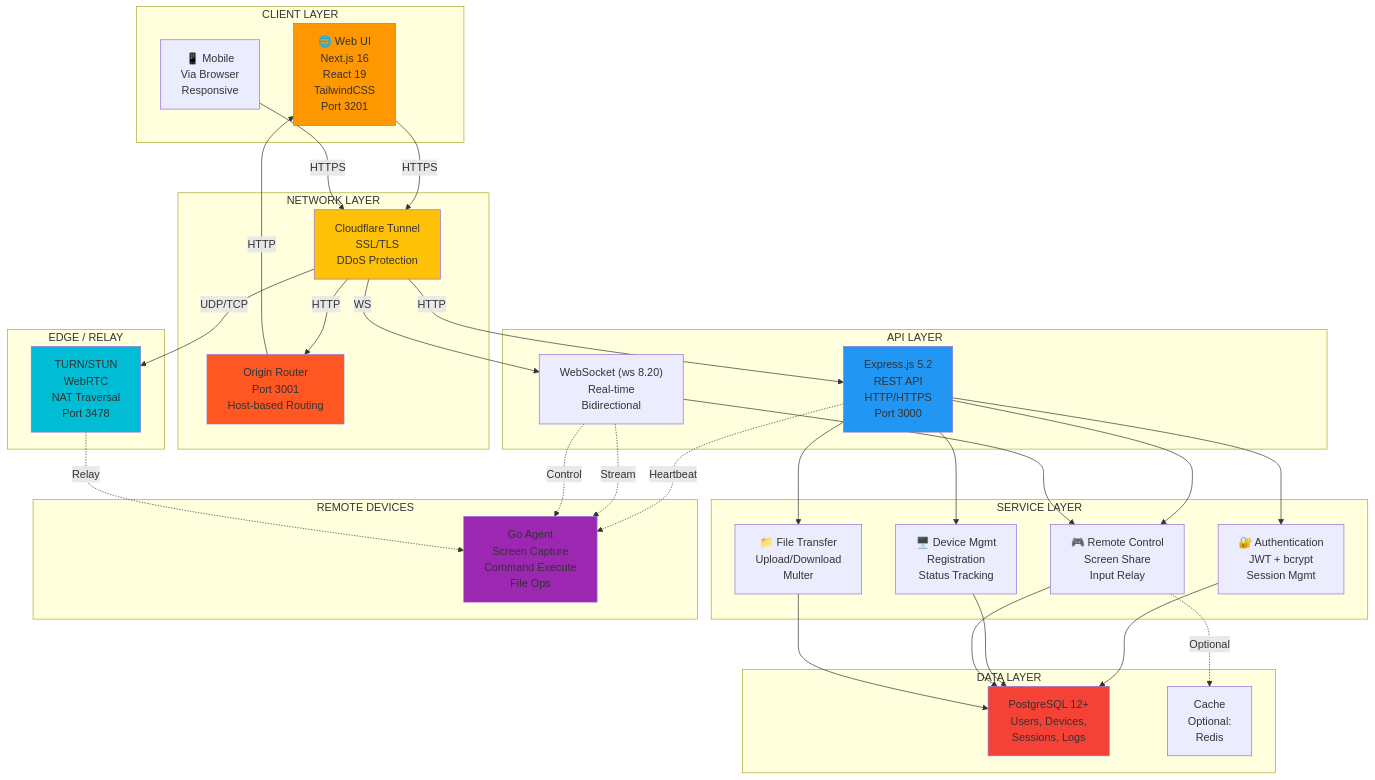
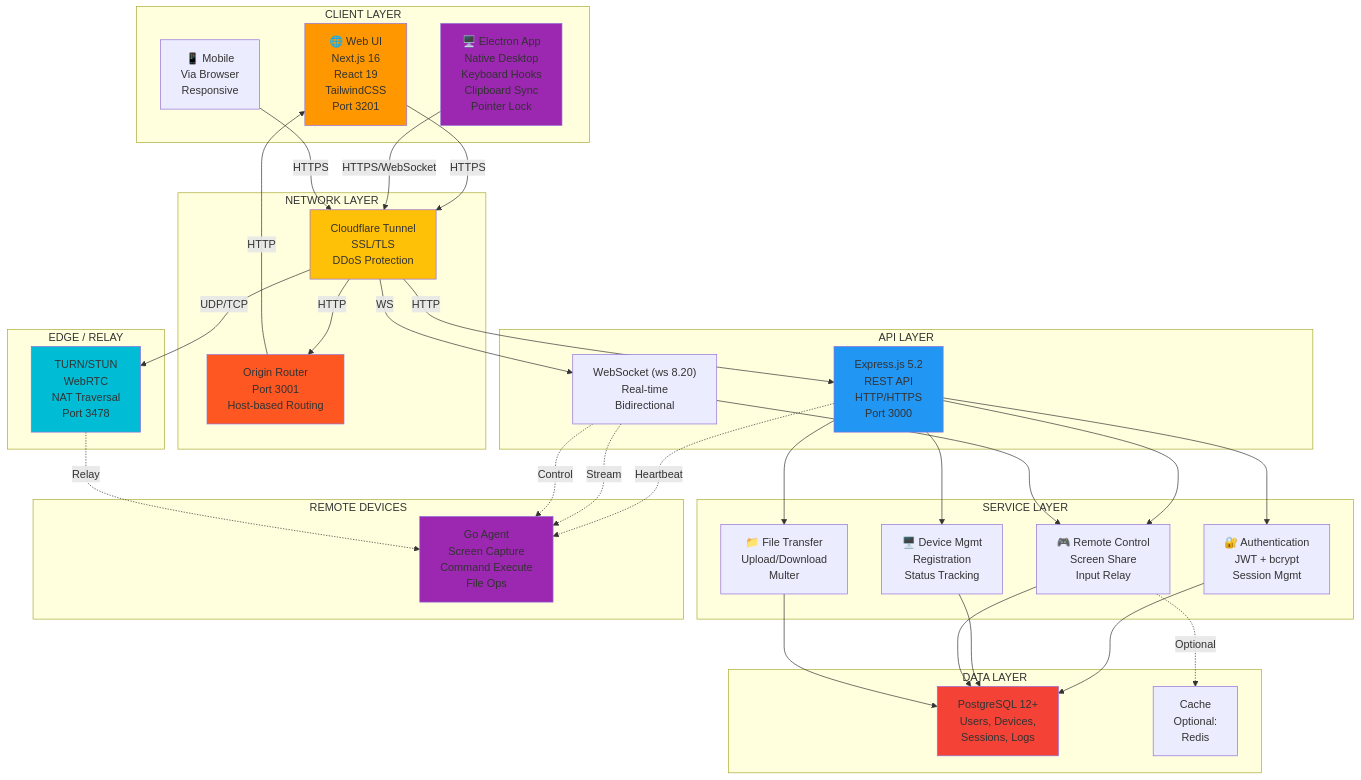
One commit to arvindjonn09/CL-NL-V1 changed the sixth of 8 diagrams in ARCHITECTURE_DIAGRAMS.md. Above: the diagram before and after it, drawn with Mermaid. The commit also changed other lines of this file and 3 other files, not shown here.

````diff
--- a/ARCHITECTURE_DIAGRAMS.md
+++ b/ARCHITECTURE_DIAGRAMS.md
@@ -258,73 +262,76 @@
 ```mermaid
 graph TB
     subgraph client_layer["CLIENT LAYER"]
         web["🌐 Web UI<br/>Next.js 16<br/>React 19<br/>TailwindCSS<br/>Port 3201"]
+        electron["🖥️ Electron App<br/>Native Desktop<br/>Keyboard Hooks<br/>Clipboard Sync<br/>Pointer Lock"]
         mobile["📱 Mobile<br/>Via Browser<br/>Responsive"]
     end
     
     subgraph network["NETWORK LAYER"]
         cf["Cloudflare Tunnel<br/>SSL/TLS<br/>DDoS Protection"]
         router["Origin Router<br/>Port 3001<br/>Host-based Routing"]
     end
     
     subgraph api_layer["API LAYER"]
         express["Express.js 5.2<br/>REST API<br/>HTTP/HTTPS<br/>Port 3000"]
         ws["WebSocket (ws 8.20)<br/>Real-time<br/>Bidirectional"]
     end
     
     subgraph service_layer["SERVICE LAYER"]
         auth["🔐 Authentication<br/>JWT + bcrypt<br/>Session Mgmt"]
         device["🖥️ Device Mgmt<br/>Registration<br/>Status Tracking"]
         remote["🎮 Remote Control<br/>Screen Share<br/>Input Relay"]
         file["📁 File Transfer<br/>Upload/Download<br/>Multer"]
     end
     
     subgraph data_layer["DATA LAYER"]
         postgres["PostgreSQL 12+<br/>Users, Devices,<br/>Sessions, Logs"]
         cache["Cache<br/>Optional:<br/>Redis"]
     end
     
     subgraph edge["EDGE / RELAY"]
         turn["TURN/STUN<br/>WebRTC<br/>NAT Traversal<br/>Port 3478"]
     end
     
     subgraph agent_layer["REMOTE DEVICES"]
         agent["Go Agent<br/>Screen Capture<br/>Command Execute<br/>File Ops"]
     end
     
     web -->|HTTPS| cf
+    electron -->|HTTPS/WebSocket| cf
     mobile -->|HTTPS| cf
     cf -->|HTTP| router
     router -->|HTTP| web
     cf -->|HTTP| express
     cf -->|WS| ws
     cf -->|UDP/TCP| turn
     
     express --> auth
     express --> device
     express --> remote
     express --> file
     
     ws --> remote
     
     auth --> postgres
     device --> postgres
     remote --> postgres
     file --> postgres
     
     remote -.->|Optional| cache
     
     express -.->|Heartbeat| agent
     ws -.->|Stream| agent
     ws -.->|Control| agent
     
     turn -.->|Relay| agent
     
     style web fill:#FF9800
+    style electron fill:#9C27B0
     style router fill:#FF5722
     style cf fill:#FFC107
     style express fill:#2196F3
     style postgres fill:#F44336
     style agent fill:#9C27B0
     style turn fill:#00BCD4
 ```
````
